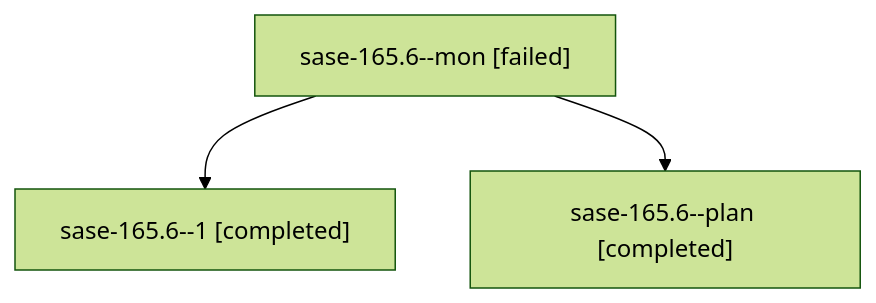
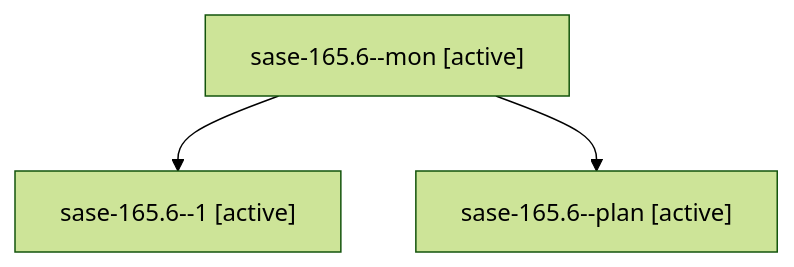
One commit to sase-org/sase--agents changed the diagram in families/bbugyi200.athena.sase-165.6.md. Above: the diagram before and after it, drawn with Mermaid (forest theme). The commit also changed other lines of this file and 35830 other files, not shown here.

````diff
--- a/families/bbugyi200.athena.sase-165.6.md
+++ b/families/bbugyi200.athena.sase-165.6.md
@@ -9,8 +9,8 @@
 ```mermaid
 flowchart TD
-  n0["sase-165.6--mon [failed]"]
-  n1["sase-165.6--1 [completed]"]
+  n0["sase-165.6--mon [active]"]
+  n1["sase-165.6--1 [active]"]
   n0 --> n1
-  n2["sase-165.6--plan [completed]"]
+  n2["sase-165.6--plan [active]"]
   n0 --> n2
 ```
````
